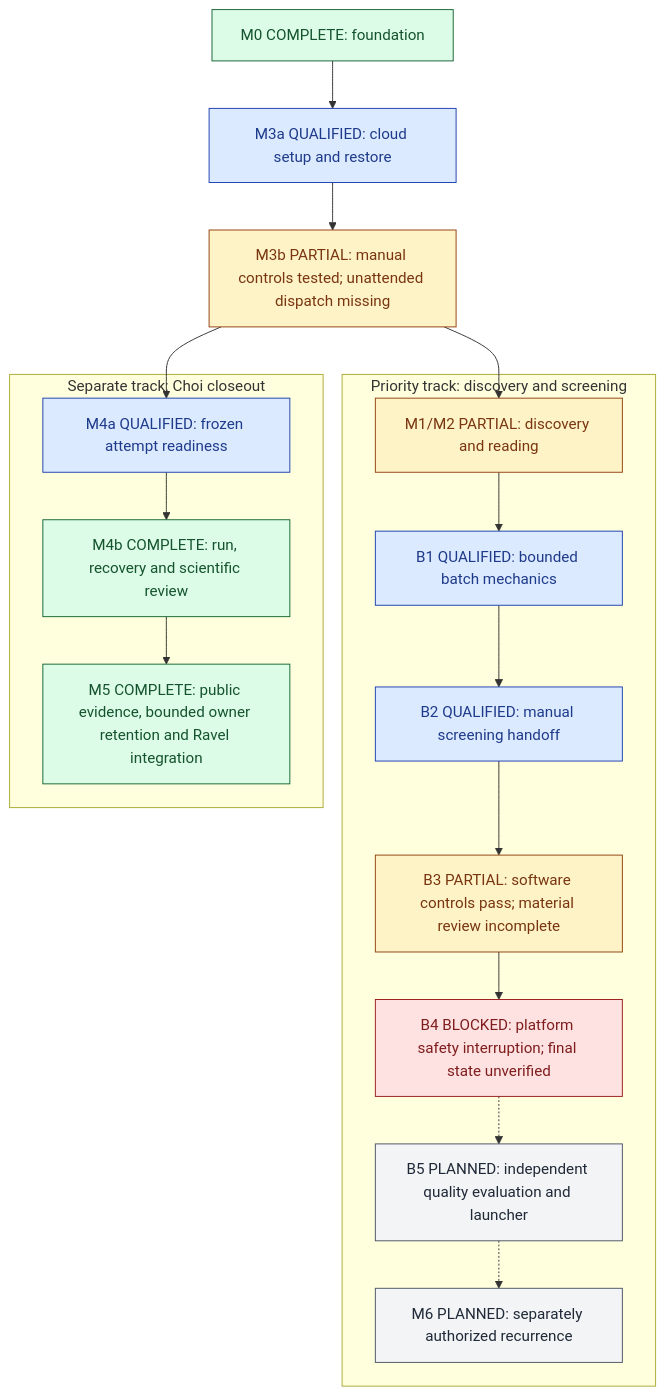
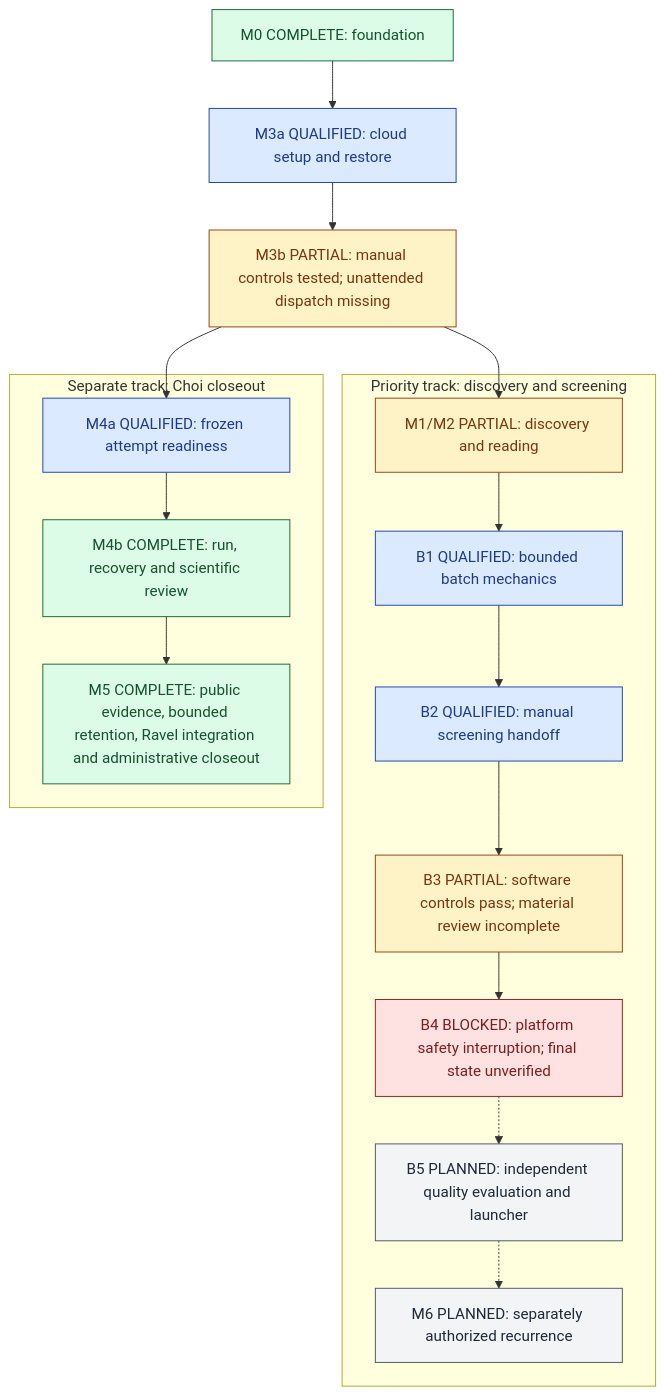
Before and after one commit to xorca0711/weft: the diagram in docs/IMPLEMENTATION_PLAN.md, drawn with Mermaid. The commit also changed other lines of this file and 7 other files, not shown here.

Commit message:
Record verified Choi administrative closeout and final recovery

````diff
--- a/docs/IMPLEMENTATION_PLAN.md
+++ b/docs/IMPLEMENTATION_PLAN.md
@@ -118,29 +118,29 @@
 ```mermaid
 flowchart TD
     F["M0 COMPLETE: foundation"] --> E["M3a QUALIFIED: cloud setup and restore"]
     E --> J["M3b PARTIAL: manual controls tested; unattended dispatch missing"]
     subgraph BACKEND["Priority track: discovery and screening"]
         Q["M1/M2 PARTIAL: discovery and reading"] --> B1["B1 QUALIFIED: bounded batch mechanics"]
         B1 --> B2["B2 QUALIFIED: manual screening handoff"]
         B2 --> B3["B3 PARTIAL: software controls pass; material review incomplete"]
         B3 --> B4["B4 BLOCKED: platform safety interruption; final state unverified"]
         B4 -.-> B5["B5 PLANNED: independent quality evaluation and launcher"]
         B5 -.-> M6["M6 PLANNED: separately authorized recurrence"]
     end
     subgraph PILOT["Separate track: Choi closeout"]
         R["M4a QUALIFIED: frozen attempt readiness"] --> C["M4b COMPLETE: run, recovery and scientific review"]
-        C --> I["M5 COMPLETE: public evidence, bounded owner retention and Ravel integration"]
+        C --> I["M5 COMPLETE: public evidence, bounded retention, Ravel integration and administrative closeout"]
     end
     J --> Q
     J --> R
     classDef done fill:#dcfce7,stroke:#166534,color:#14532d
     classDef qualified fill:#dbeafe,stroke:#1e40af,color:#1e3a8a
     classDef partial fill:#fef3c7,stroke:#92400e,color:#78350f
     classDef blocked fill:#fee2e2,stroke:#991b1b,color:#7f1d1d
     classDef planned fill:#f3f4f6,stroke:#4b5563,color:#1f2937
     class F,C,I done
     class E,B1,B2,R qualified
     class J,Q,B3 partial
     class B4 blocked
     class B5,M6 planned
 ```
````
